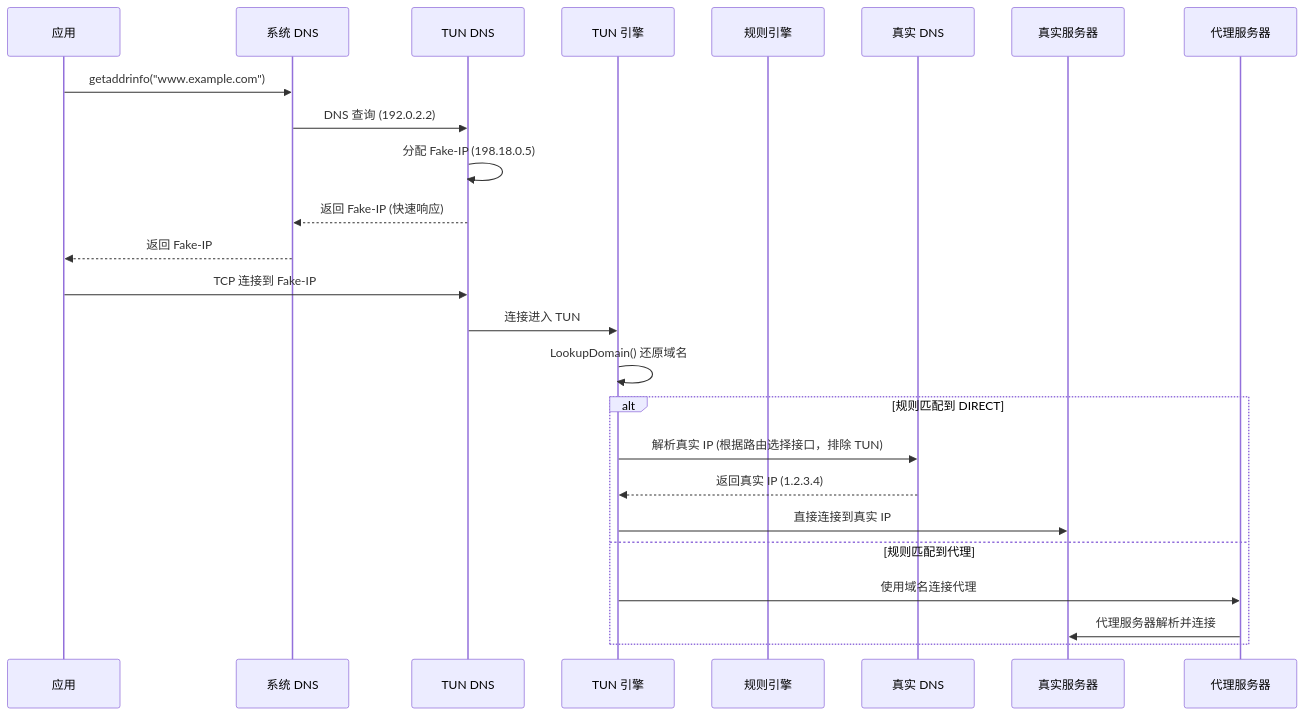
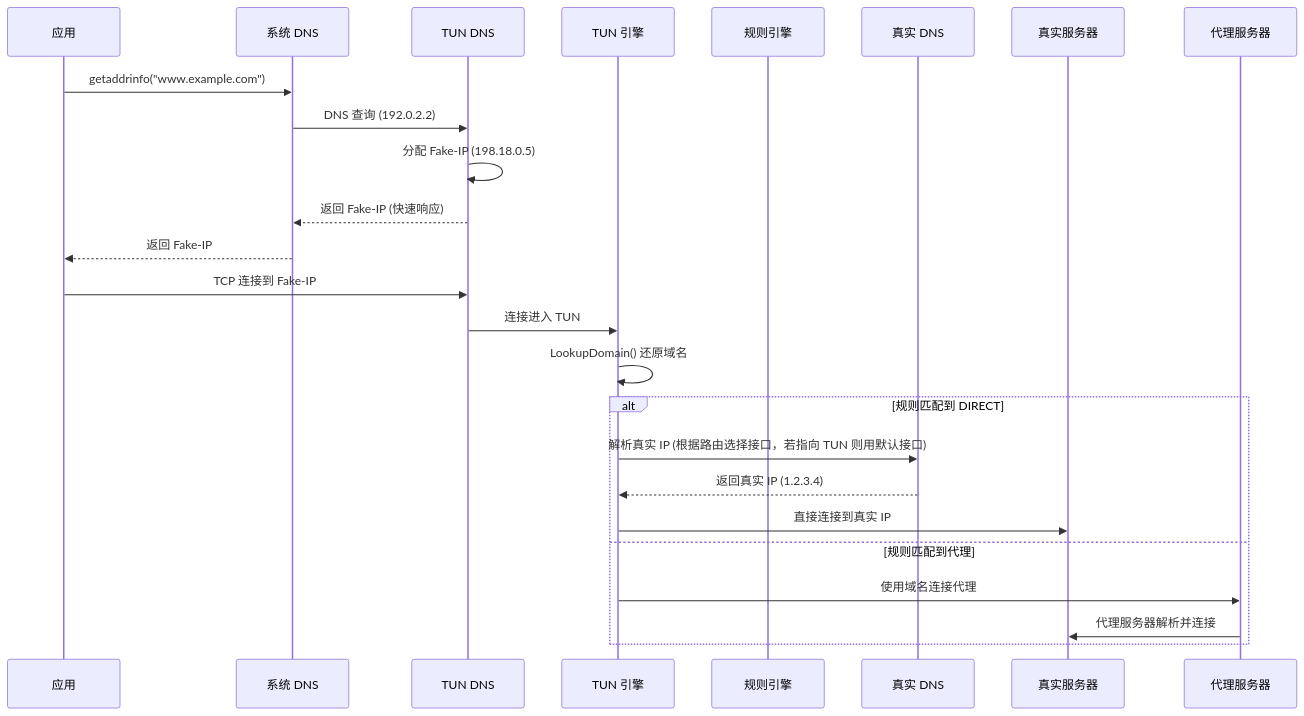
Before and after one commit to whipfeng/phaethon: the diagram in docs/plans/tun_dns_sync_resolve_design.md, drawn with Mermaid. The commit also changed other lines of this file and 2 other files, not shown here.

````diff
--- a/docs/plans/tun_dns_sync_resolve_design.md
+++ b/docs/plans/tun_dns_sync_resolve_design.md
@@ -40,30 +40,30 @@
 ```mermaid
 sequenceDiagram
     participant App as 应用
     participant SysDNS as 系统 DNS
     participant TUNDNS as TUN DNS
     participant Engine as TUN 引擎
     participant RuleEngine as 规则引擎
     participant RealDNS as 真实 DNS
     participant Server as 真实服务器
     participant Proxy as 代理服务器
 
     App->>SysDNS: getaddrinfo("www.example.com")
     SysDNS->>TUNDNS: DNS 查询 (192.0.2.2)
     TUNDNS->>TUNDNS: 分配 Fake-IP (198.18.0.5)
     TUNDNS-->>SysDNS: 返回 Fake-IP (快速响应)
     SysDNS-->>App: 返回 Fake-IP
     
     App->>TUNDNS: TCP 连接到 Fake-IP
     TUNDNS->>Engine: 连接进入 TUN
     Engine->>Engine: LookupDomain() 还原域名
     
     alt 规则匹配到 DIRECT
-        Engine->>RealDNS: 解析真实 IP (根据路由选择接口，排除 TUN)
+        Engine->>RealDNS: 解析真实 IP (根据路由选择接口，若指向 TUN 则用默认接口)
         RealDNS-->>Engine: 返回真实 IP (1.2.3.4)
         Engine->>Server: 直接连接到真实 IP
     else 规则匹配到代理
         Engine->>Proxy: 使用域名连接代理
         Proxy->>Server: 代理服务器解析并连接
     end
 ```
````
